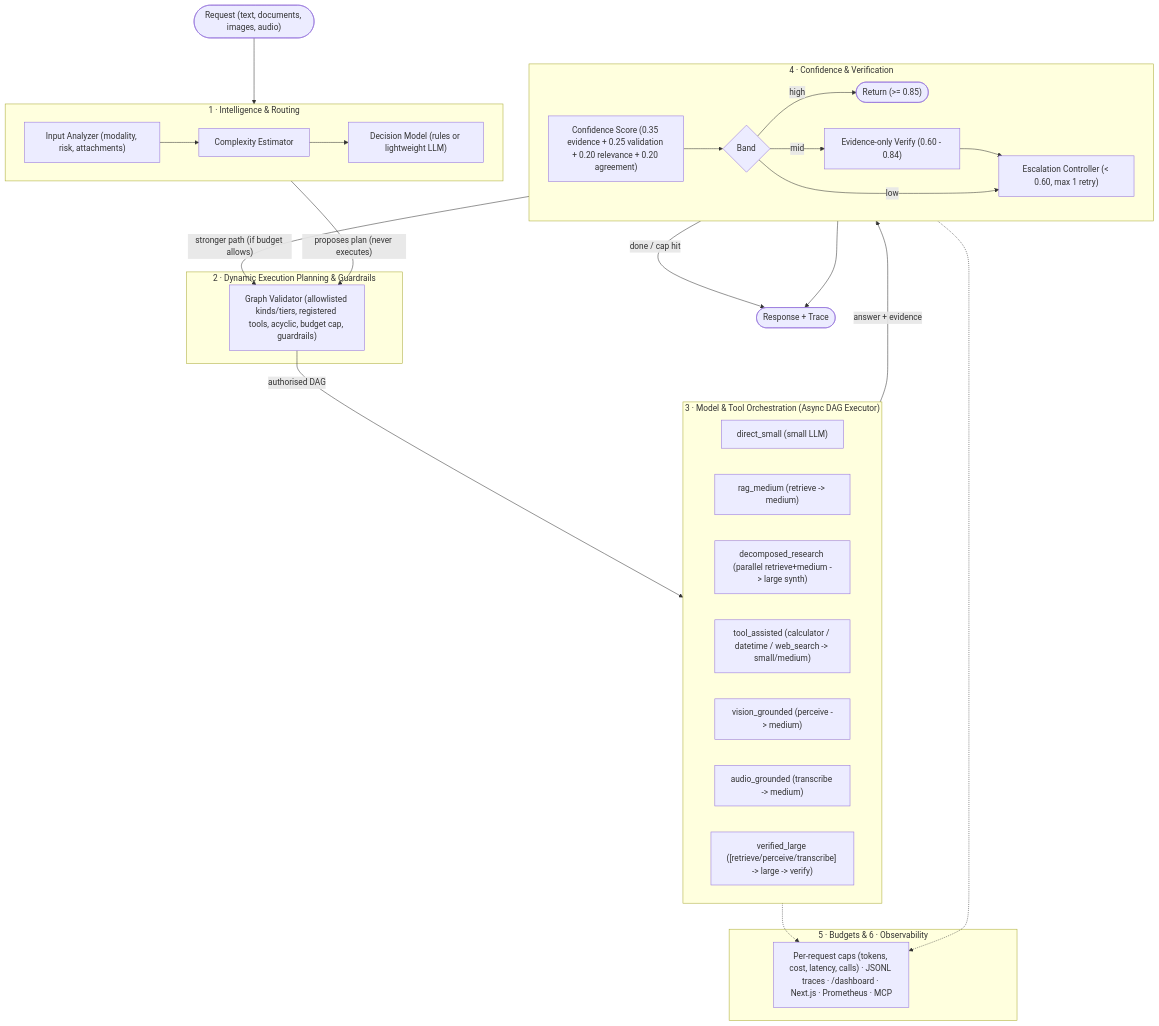
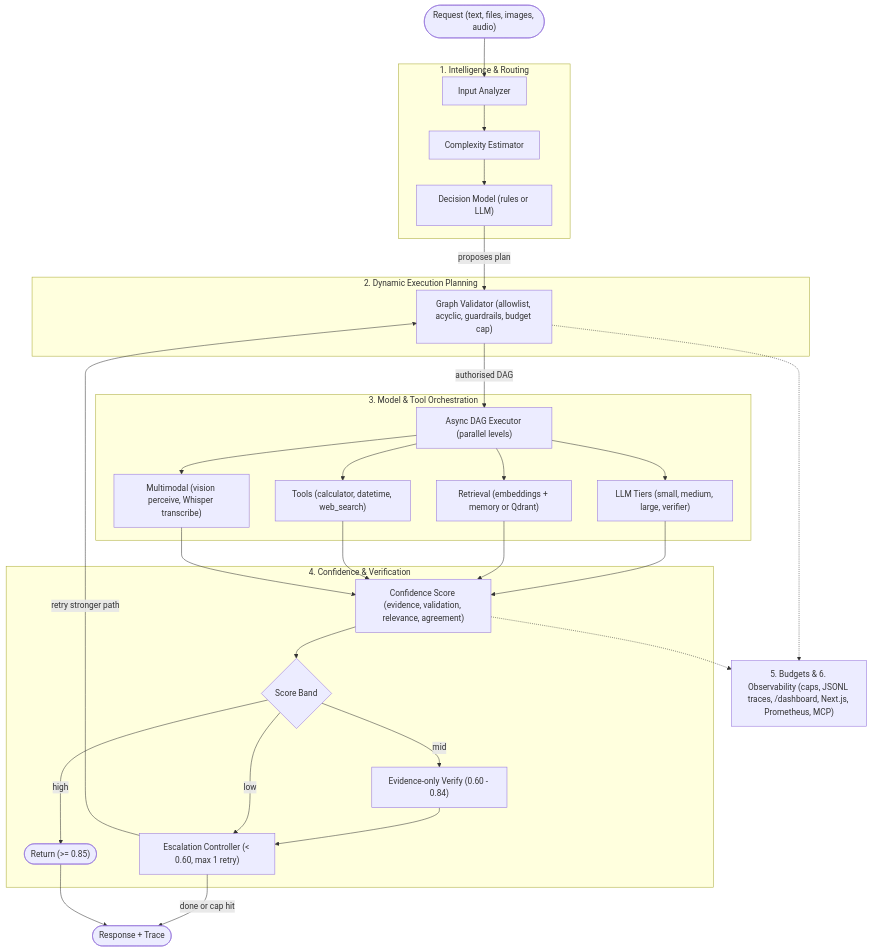
Before and after one commit to Anurag0018/neuroroute: the diagram in README.md, drawn with Mermaid.

Commit message:
Fix Mermaid architecture diagram for GitHub rendering

````diff
--- a/README.md
+++ b/README.md
@@ -40,54 +40,52 @@
 ```mermaid
 flowchart TD
-    Req(["Request (text, documents, images, audio)"])
+    Req(["Request (text, files, images, audio)"])
 
-    subgraph Intel["1 · Intelligence & Routing"]
-        direction LR
-        IA["Input Analyzer (modality, risk, attachments)"]
-        CE["Complexity Estimator"]
-        DM["Decision Model (rules or lightweight LLM)"]
-        IA --> CE --> DM
+    subgraph Intel["1. Intelligence & Routing"]
+        IA["Input Analyzer"] --> CE["Complexity Estimator"] --> DM["Decision Model (rules or LLM)"]
     end
 
-    subgraph Plan["2 · Dynamic Execution Planning & Guardrails"]
-        GV["Graph Validator (allowlisted kinds/tiers, registered tools, acyclic, budget cap, guardrails)"]
+    subgraph Plan["2. Dynamic Execution Planning"]
+        GV["Graph Validator (allowlist, acyclic, guardrails, budget cap)"]
     end
 
-    subgraph Exec["3 · Model & Tool Orchestration (Async DAG Executor)"]
-        direction LR
-        S["direct_small (small LLM)"]
-        R["rag_medium (retrieve -> medium)"]
-        D["decomposed_research (parallel retrieve+medium -> large synth)"]
-        T["tool_assisted (calculator / datetime / web_search -> small/medium)"]
-        V["vision_grounded (perceive -> medium)"]
-        A["audio_grounded (transcribe -> medium)"]
-        L["verified_large ([retrieve/perceive/transcribe] -> large -> verify)"]
+    subgraph Exec["3. Model & Tool Orchestration"]
+        DAG["Async DAG Executor (parallel levels)"]
+        LLM["LLM Tiers (small, medium, large, verifier)"]
+        RET["Retrieval (embeddings + memory or Qdrant)"]
+        TOOL["Tools (calculator, datetime, web_search)"]
+        MM["Multimodal (vision perceive, Whisper transcribe)"]
+        DAG --> LLM
+        DAG --> RET
+        DAG --> TOOL
+        DAG --> MM
     end
 
-    subgraph Val["4 · Confidence & Verification"]
-        direction LR
-        CS["Confidence Score (0.35 evidence + 0.25 validation + 0.20 relevance + 0.20 agreement)"]
-        Band{"Band"}
+    subgraph Val["4. Confidence & Verification"]
+        CS["Confidence Score (evidence, validation, relevance, agreement)"]
+        Band{"Score Band"}
         Ret(["Return (>= 0.85)"])
         Adhoc["Evidence-only Verify (0.60 - 0.84)"]
         Esc["Escalation Controller (< 0.60, max 1 retry)"]
         CS --> Band
-        Band -->|"high"| Ret
-        Band -->|"mid"| Adhoc --> Esc
-        Band -->|"low"| Esc
+        Band -->|high| Ret
+        Band -->|mid| Adhoc
+        Adhoc --> Esc
+        Band -->|low| Esc
     end
 
-    subgraph Cross["5 · Budgets & 6 · Observability"]
-        BO["Per-request caps (tokens, cost, latency, calls) · JSONL traces · /dashboard · Next.js · Prometheus · MCP"]
-    end
+    BO["5. Budgets & 6. Observability (caps, JSONL traces, /dashboard, Next.js, Prometheus, MCP)"]
 
-    Req --> Intel
-    DM -->|"proposes plan (never executes)"| GV
-    GV -->|"authorised DAG"| Exec
-    Exec -->|"answer + evidence"| CS
-    Esc -->|"stronger path (if budget allows)"| GV
-    Esc -->|"done / cap hit"| Out(["Response + Trace"])
+    Req --> IA
+    DM -->|proposes plan| GV
+    GV -->|authorised DAG| DAG
+    LLM --> CS
+    RET --> CS
+    TOOL --> CS
+    MM --> CS
+    Esc -->|retry stronger path| GV
+    Esc -->|done or cap hit| Out(["Response + Trace"])
     Ret --> Out
-    Exec -.-> BO
-    Val -.-> BO
+    GV -.-> BO
+    CS -.-> BO
 ```
````
